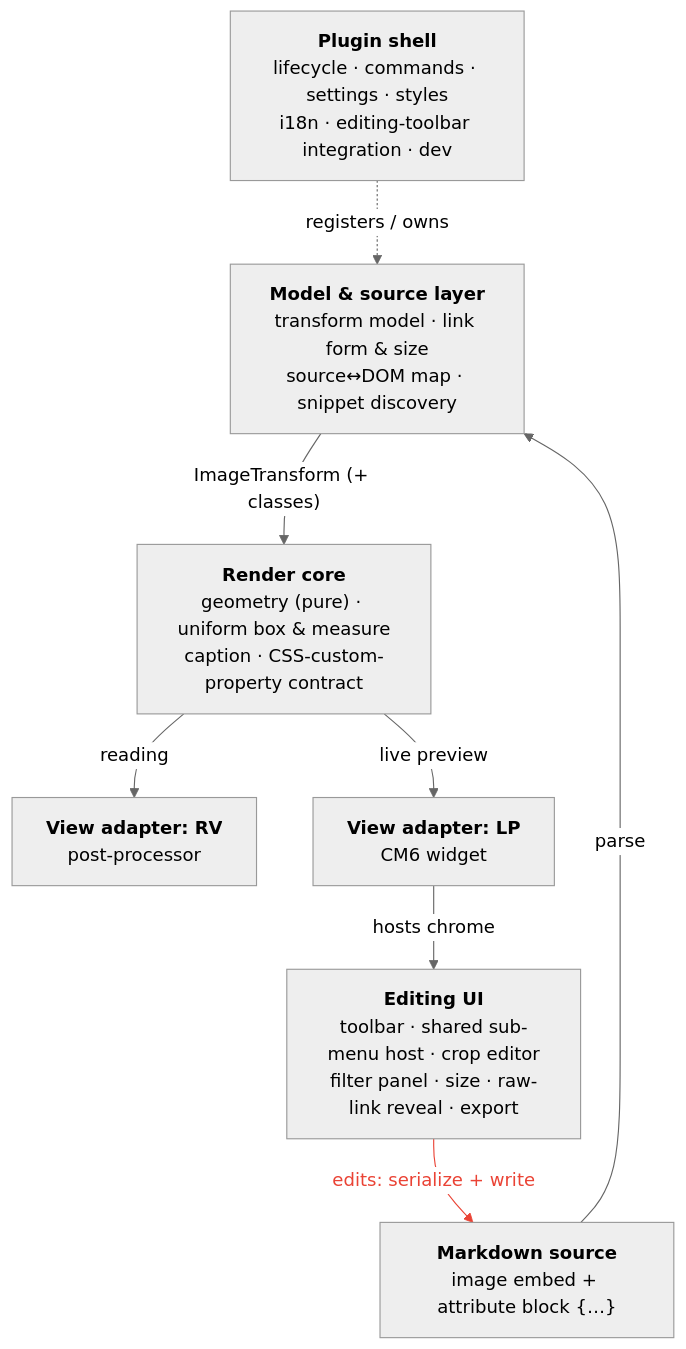
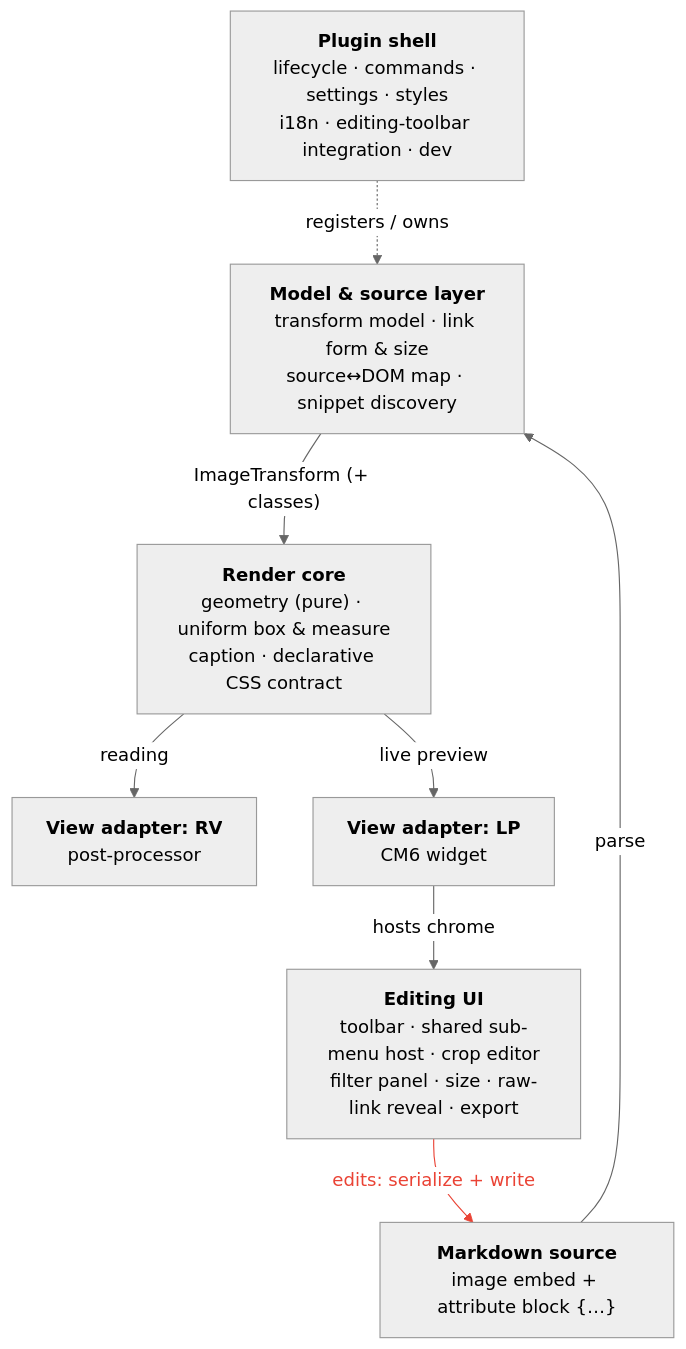
The diagram in docs/development/architecture.md (Britz/obsidian-live-image-editor), drawn with Mermaid (neutral theme) before and after one commit. The commit also changed other lines of this file and 8 other files, not shown here.

````diff
--- a/docs/development/architecture.md
+++ b/docs/development/architecture.md
@@ -23,20 +23,20 @@
 ```mermaid
 flowchart TD
     SHELL["<b>Plugin shell</b><br/>lifecycle · commands · settings · styles<br/>i18n · editing-toolbar integration · dev"]
     SRC["<b>Markdown source</b><br/>image embed + attribute block {…}"]
     MODEL["<b>Model &amp; source layer</b><br/>transform model · link form &amp; size<br/>source↔DOM map · snippet discovery"]
-    CORE["<b>Render core</b><br/>geometry (pure) · uniform box &amp; measure<br/>caption · CSS-custom-property contract"]
+    CORE["<b>Render core</b><br/>geometry (pure) · uniform box &amp; measure<br/>caption · declarative CSS contract"]
     RV["<b>View adapter: RV</b><br/>post-processor"]
     LP["<b>View adapter: LP</b><br/>CM6 widget"]
     UI["<b>Editing UI</b><br/>toolbar · shared sub-menu host · crop editor<br/>filter panel · size · raw-link reveal · export"]
 
     SHELL -. "registers / owns" .-> MODEL
     SRC -- "parse" --> MODEL
     MODEL -- "ImageTransform (+ classes)" --> CORE
     CORE -- "reading" --> RV
     CORE -- "live preview" --> LP
     LP -- "hosts chrome" --> UI
     UI -- "edits: serialize + write" --> SRC
 
     linkStyle 6 stroke:#ea4335,color:#ea4335
 ```
````
